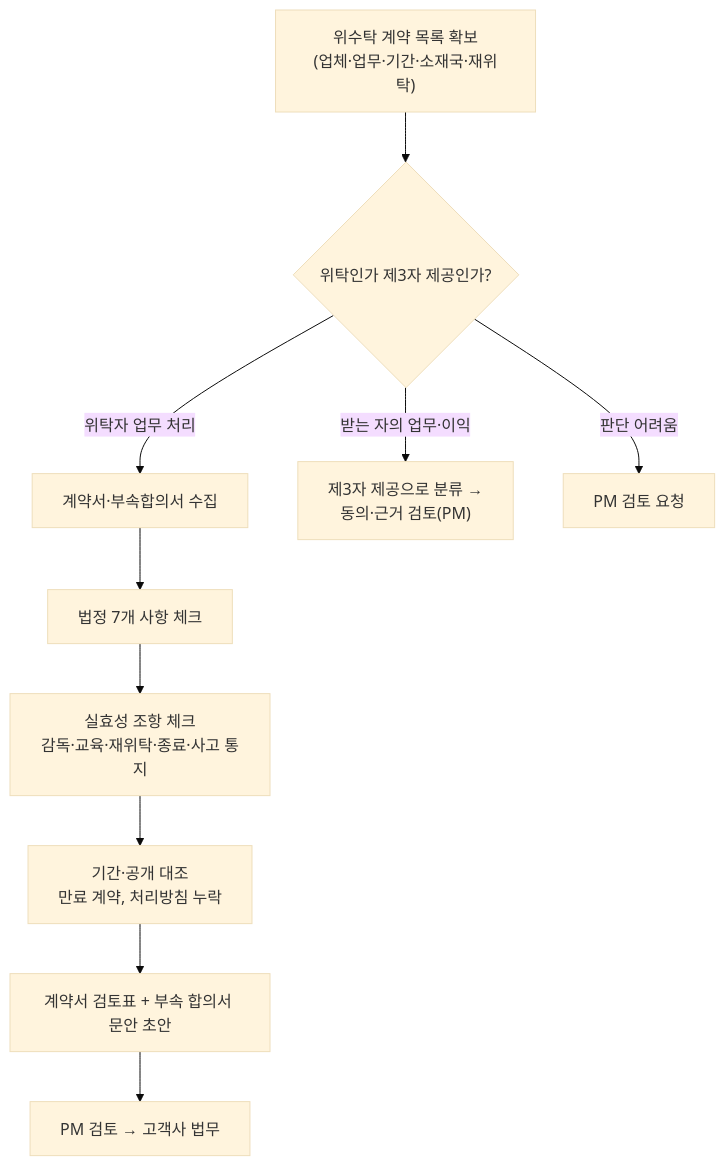
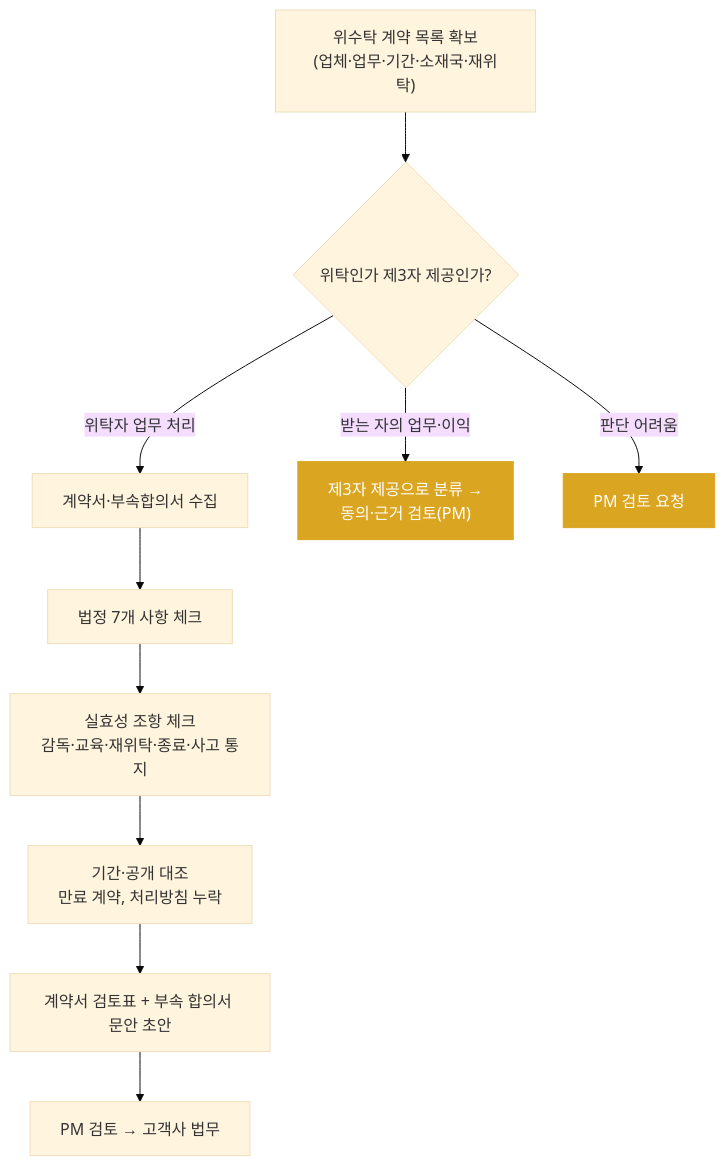
Before and after one commit to sinbearr/Advanced_PrivacyStudy: the second of 3 diagrams in 1_학습_챕터/2주차_내부관리계획과_수탁사/03_위수탁_계약서_검토.md, drawn with Mermaid (base theme). The commit also changed other lines of this file and 4 other files, not shown here.

````diff
--- a/1_학습_챕터/2주차_내부관리계획과_수탁사/03_위수탁_계약서_검토.md
+++ b/1_학습_챕터/2주차_내부관리계획과_수탁사/03_위수탁_계약서_검토.md
@@ -55,12 +106,14 @@
 ```mermaid
 flowchart TD
     A["위수탁 계약 목록 확보<br/>(업체·업무·기간·소재국·재위탁)"] --> B{"위탁인가 제3자 제공인가?"}
     B -->|"위탁자 업무 처리"| C["계약서·부속합의서 수집"]
     B -->|"받는 자의 업무·이익"| X["제3자 제공으로 분류 →<br/>동의·근거 검토(PM)"]
     B -->|"판단 어려움"| Y["PM 검토 요청"]
     C --> D["법정 7개 사항 체크"]
     D --> E["실효성 조항 체크<br/>감독·교육·재위탁·종료·사고 통지"]
     E --> F["기간·공개 대조<br/>만료 계약, 처리방침 누락"]
     F --> G["계약서 검토표 + 부속 합의서 문안 초안"]
     G --> H["PM 검토 → 고객사 법무"]
+    classDef warn fill:#daa520,stroke:#daa520,color:#fff
+    class X,Y warn
 ```
````
